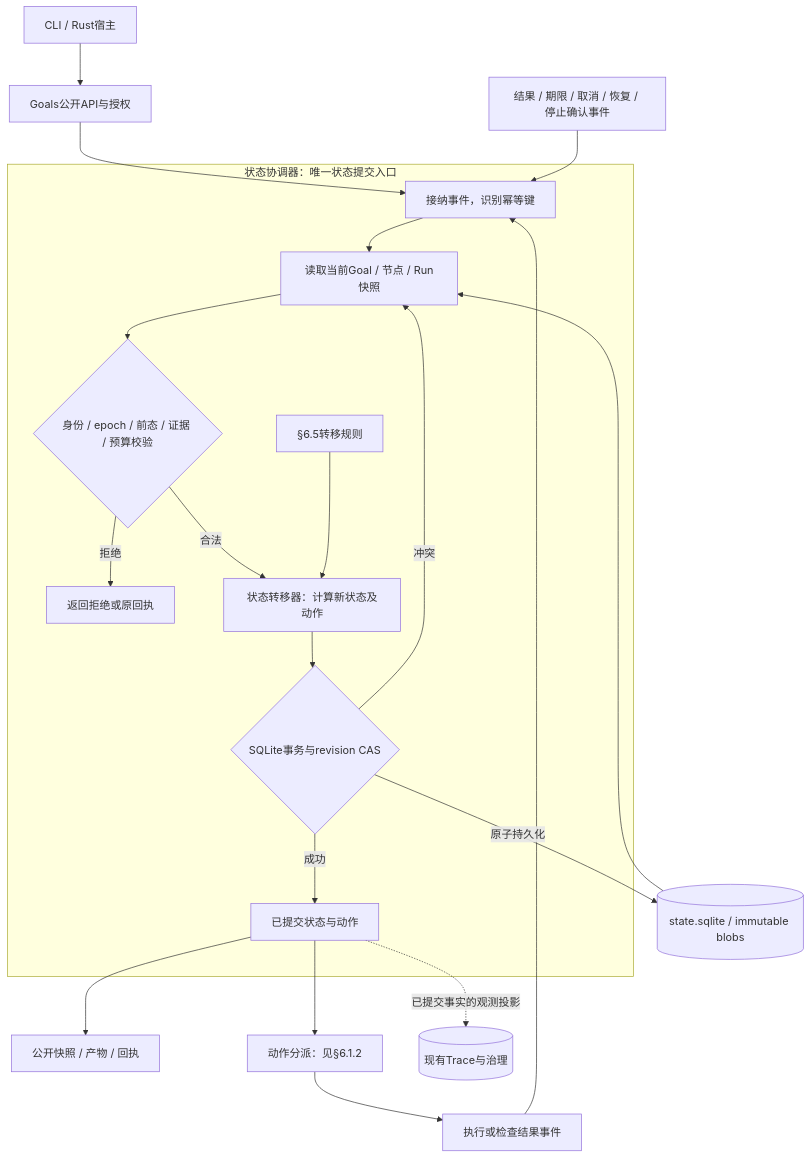
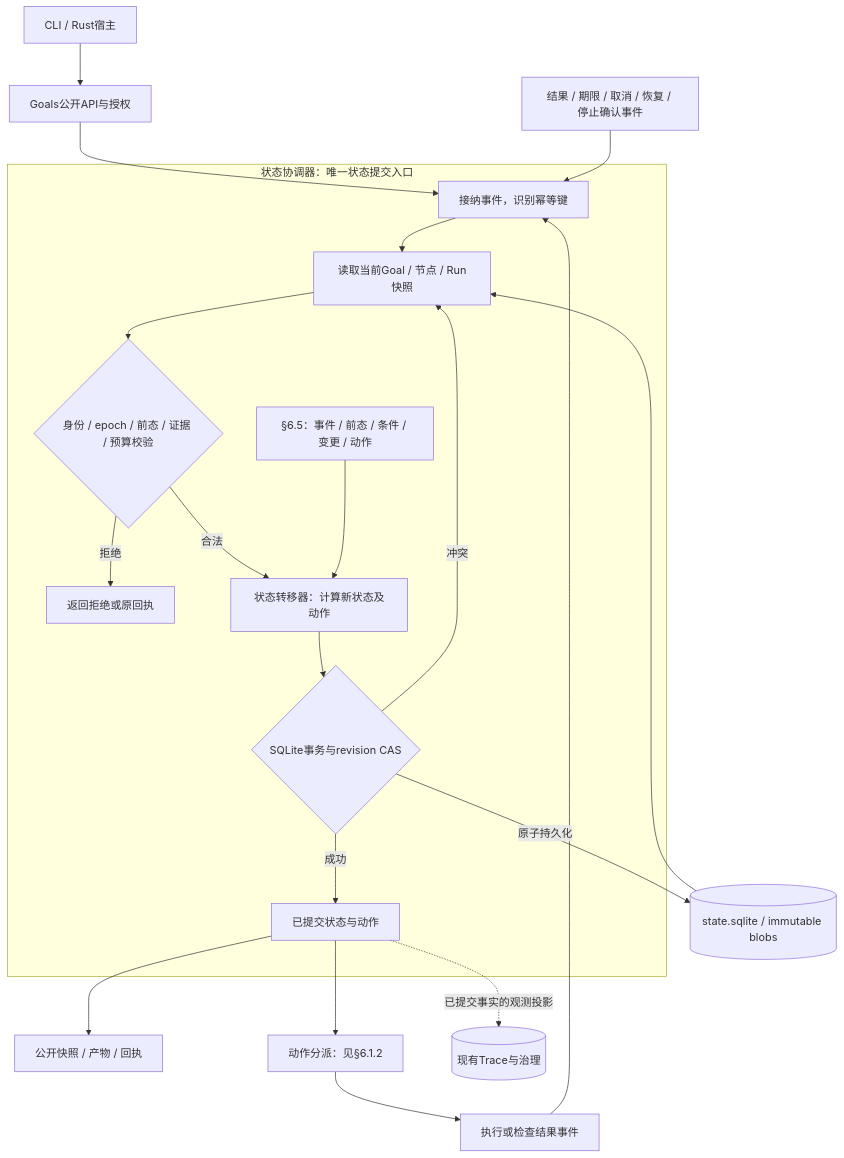
The second of 4 diagrams in docs/design/10-goal-dag-orchestration.md (xforce-io/taskloop), drawn with Mermaid before and after one commit. The commit also changed other lines of this file and 1 other file, not shown here.

````diff
--- a/docs/design/10-goal-dag-orchestration.md
+++ b/docs/design/10-goal-dag-orchestration.md
@@ -125,23 +125,23 @@
 ```mermaid
 flowchart TD
  C[CLI / Rust宿主] --> A[Goals公开API与授权]
  A --> E
  K[结果 / 期限 / 取消 / 恢复 / 停止确认事件] --> E
  subgraph Q[状态协调器：唯一状态提交入口]
   E[接纳事件，识别幂等键] --> R[读取当前Goal / 节点 / Run快照]
   R --> V{身份 / epoch / 前态 / 证据 / 预算校验}
   V -->|拒绝| X[返回拒绝或原回执]
   V -->|合法| D[状态转移器：计算新状态及动作]
-  RULE[§6.5转移规则] --> D
+  RULE[§6.5：事件 / 前态 / 条件 / 变更 / 动作] --> D
   D --> TX{SQLite事务与revision CAS}
   TX -->|冲突| R
   TX -->|成功| F[已提交状态与动作]
  end
  DB[(state.sqlite / immutable blobs)] --> R
  TX -->|原子持久化| DB
  F --> O[公开快照 / 产物 / 回执]
  F --> S[动作分派：见§6.1.2]
  S --> B[执行或检查结果事件]
  B --> E
  F -.已提交事实的观测投影.-> T[(现有Trace与治理)]
 ```
````
